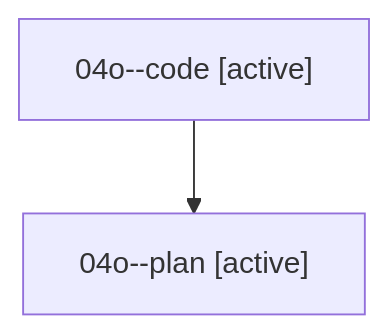
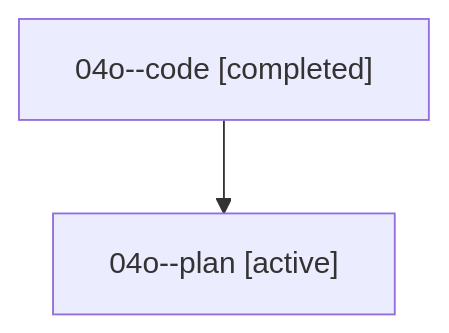
The diagram in families/bbugyi200.athena.04o.md (sase-org/sase--agents), drawn with Mermaid before and after one commit. The commit also changed other lines of this file and 35830 other files, not shown here.

````diff
--- a/families/bbugyi200.athena.04o.md
+++ b/families/bbugyi200.athena.04o.md
@@ -9,6 +9,6 @@
 ```mermaid
 flowchart TD
-  n0["04o--code [active]"]
+  n0["04o--code [completed]"]
   n1["04o--plan [active]"]
   n0 --> n1
 ```
````
